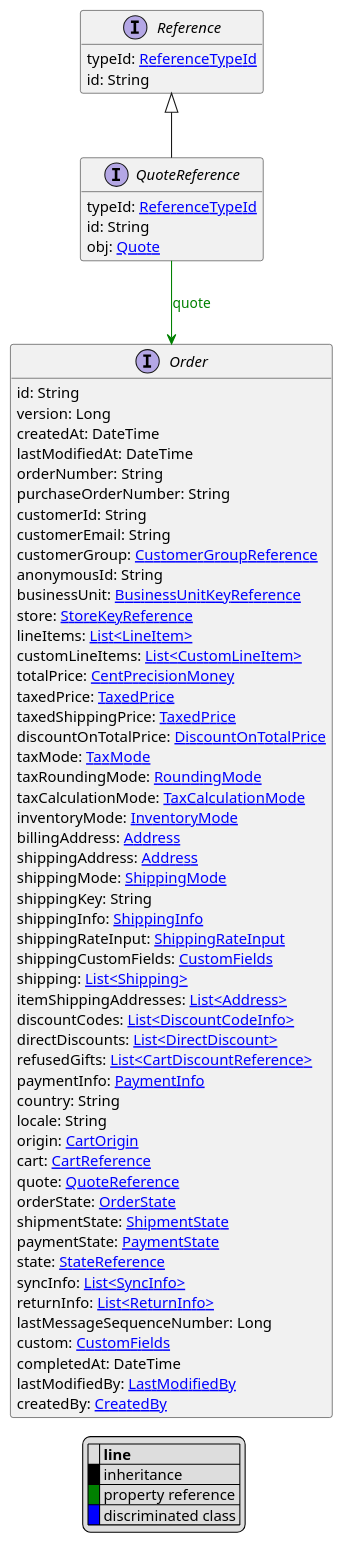
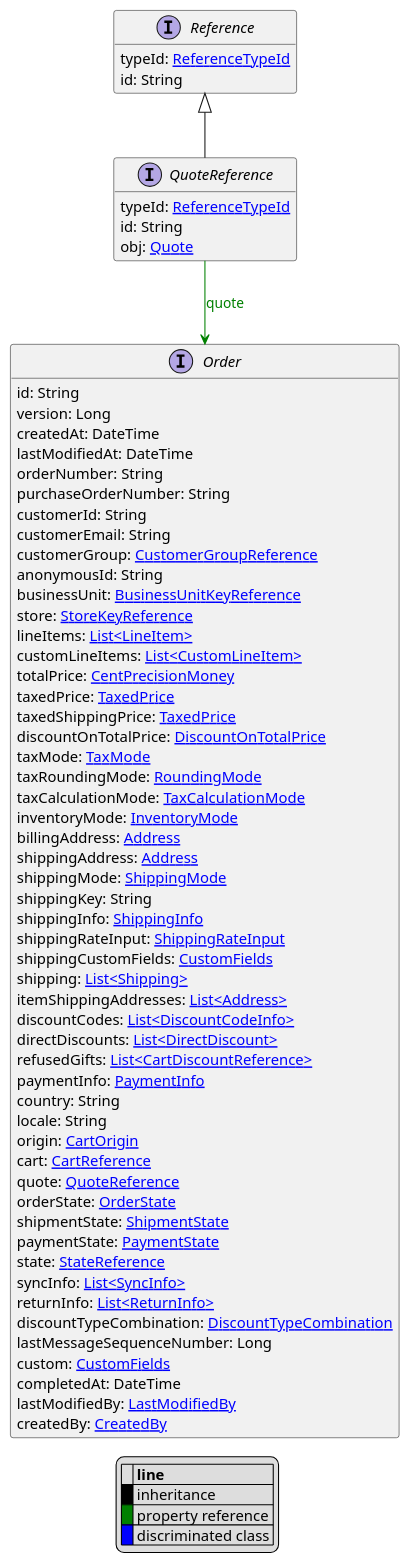
The diagram in uml/api/QuoteReference.puml (commercetools/commercetools-api-reference), drawn with PlantUML before and after one commit. The commit also changed 81 other files, not shown here.

```diff
--- a/uml/api/QuoteReference.puml
+++ b/uml/api/QuoteReference.puml
@@ -1,77 +1,78 @@
 @startuml
 
 hide empty fields
 hide empty methods
 legend
 |= |= line |
 |<back:black>   </back>| inheritance |
 |<back:green>   </back>| property reference |
 |<back:blue>   </back>| discriminated class |
 endlegend
 interface QuoteReference [[QuoteReference.svg]] extends Reference {
     typeId: [[ReferenceTypeId.svg ReferenceTypeId]]
     id: String
     obj: [[Quote.svg Quote]]
 }
 interface Reference [[Reference.svg]]  {
     typeId: [[ReferenceTypeId.svg ReferenceTypeId]]
     id: String
 }
 
 
 interface Order [[Order.svg]]  {
     id: String
     version: Long
     createdAt: DateTime
     lastModifiedAt: DateTime
     orderNumber: String
     purchaseOrderNumber: String
     customerId: String
     customerEmail: String
     customerGroup: [[CustomerGroupReference.svg CustomerGroupReference]]
     anonymousId: String
     businessUnit: [[BusinessUnitKeyReference.svg BusinessUnitKeyReference]]
     store: [[StoreKeyReference.svg StoreKeyReference]]
     lineItems: [[LineItem.svg List<LineItem>]]
     customLineItems: [[CustomLineItem.svg List<CustomLineItem>]]
     totalPrice: [[CentPrecisionMoney.svg CentPrecisionMoney]]
     taxedPrice: [[TaxedPrice.svg TaxedPrice]]
     taxedShippingPrice: [[TaxedPrice.svg TaxedPrice]]
     discountOnTotalPrice: [[DiscountOnTotalPrice.svg DiscountOnTotalPrice]]
     taxMode: [[TaxMode.svg TaxMode]]
     taxRoundingMode: [[RoundingMode.svg RoundingMode]]
     taxCalculationMode: [[TaxCalculationMode.svg TaxCalculationMode]]
     inventoryMode: [[InventoryMode.svg InventoryMode]]
     billingAddress: [[Address.svg Address]]
     shippingAddress: [[Address.svg Address]]
     shippingMode: [[ShippingMode.svg ShippingMode]]
     shippingKey: String
     shippingInfo: [[ShippingInfo.svg ShippingInfo]]
     shippingRateInput: [[ShippingRateInput.svg ShippingRateInput]]
     shippingCustomFields: [[CustomFields.svg CustomFields]]
     shipping: [[Shipping.svg List<Shipping>]]
     itemShippingAddresses: [[Address.svg List<Address>]]
     discountCodes: [[DiscountCodeInfo.svg List<DiscountCodeInfo>]]
     directDiscounts: [[DirectDiscount.svg List<DirectDiscount>]]
     refusedGifts: [[CartDiscountReference.svg List<CartDiscountReference>]]
     paymentInfo: [[PaymentInfo.svg PaymentInfo]]
     country: String
     locale: String
     origin: [[CartOrigin.svg CartOrigin]]
     cart: [[CartReference.svg CartReference]]
     quote: [[QuoteReference.svg QuoteReference]]
     orderState: [[OrderState.svg OrderState]]
     shipmentState: [[ShipmentState.svg ShipmentState]]
     paymentState: [[PaymentState.svg PaymentState]]
     state: [[StateReference.svg StateReference]]
     syncInfo: [[SyncInfo.svg List<SyncInfo>]]
     returnInfo: [[ReturnInfo.svg List<ReturnInfo>]]
+    discountTypeCombination: [[DiscountTypeCombination.svg DiscountTypeCombination]]
     lastMessageSequenceNumber: Long
     custom: [[CustomFields.svg CustomFields]]
     completedAt: DateTime
     lastModifiedBy: [[LastModifiedBy.svg LastModifiedBy]]
     createdBy: [[CreatedBy.svg CreatedBy]]
 }
 
 QuoteReference --> Order #green;text:green : "quote"
 @enduml
```
